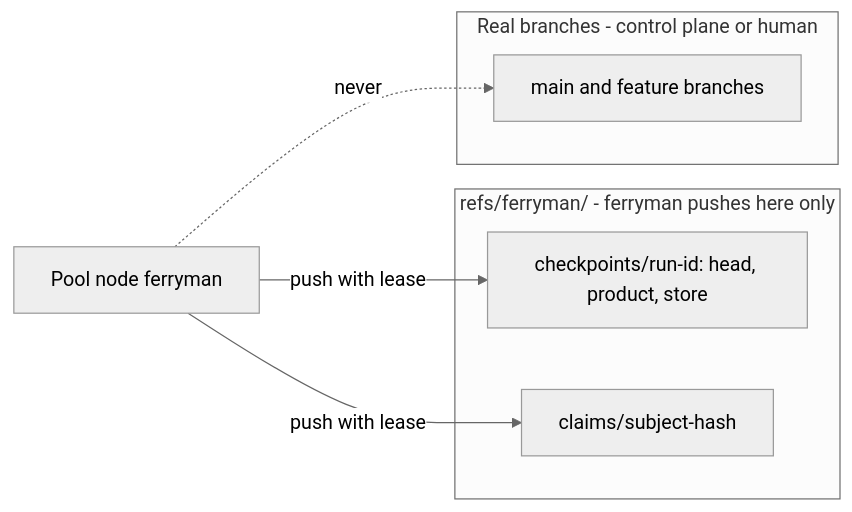
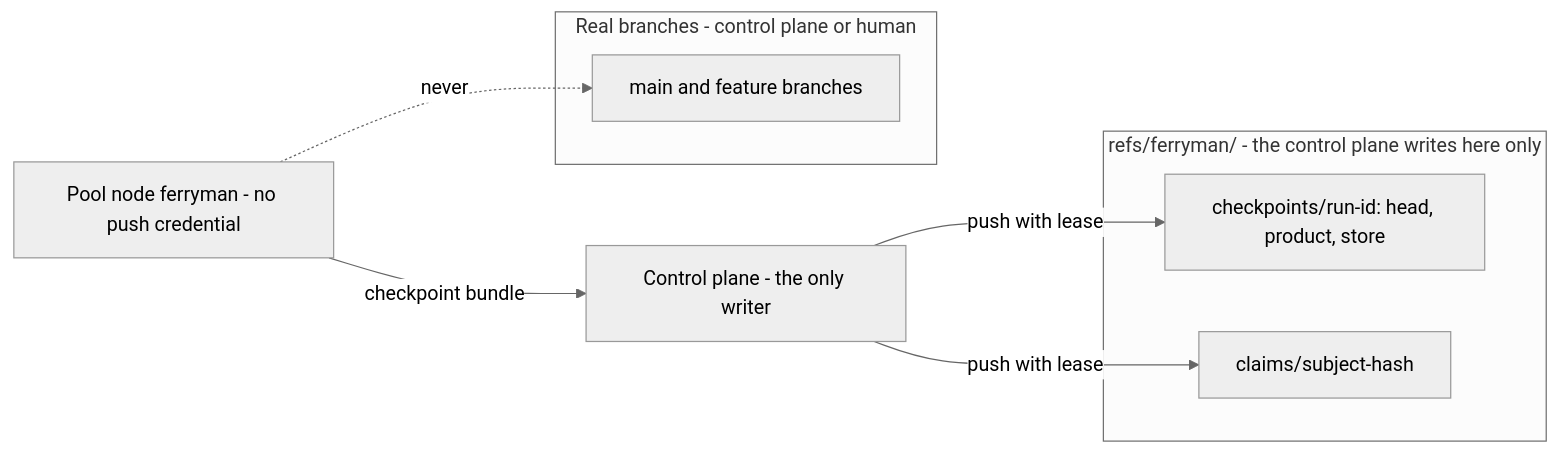
One commit to eugenelim/agent-ready-repo changed the diagram in docs/architecture/unattended-delivery-runner/12-pool-state-integrity-and-signals.md. Above: the diagram before and after it, drawn with Mermaid (neutral theme). The commit also changed other lines of this file and 10 other files, not shown here.

First line of the commit message:
docs(architecture): the control plane writes pool checkpoints

````diff
--- a/docs/architecture/unattended-delivery-runner/12-pool-state-integrity-and-signals.md
+++ b/docs/architecture/unattended-delivery-runner/12-pool-state-integrity-and-signals.md
@@ -51,14 +51,16 @@
 ```mermaid
 flowchart LR
-    Node[Pool node ferryman]
-    subgraph NS[refs/ferryman/ - ferryman pushes here only]
+    Node[Pool node ferryman - no push credential]
+    CPl[Control plane - the only writer]
+    subgraph NS[refs/ferryman/ - the control plane writes here only]
         CP[checkpoints/run-id: head, product, store]
         CL[claims/subject-hash]
     end
     subgraph RB[Real branches - control plane or human]
         Main[main and feature branches]
     end
-    Node -->|push with lease| CP
-    Node -->|push with lease| CL
+    Node -->|checkpoint bundle| CPl
+    CPl -->|push with lease| CP
+    CPl -->|push with lease| CL
     Node -.->|never| Main
 ```
````
